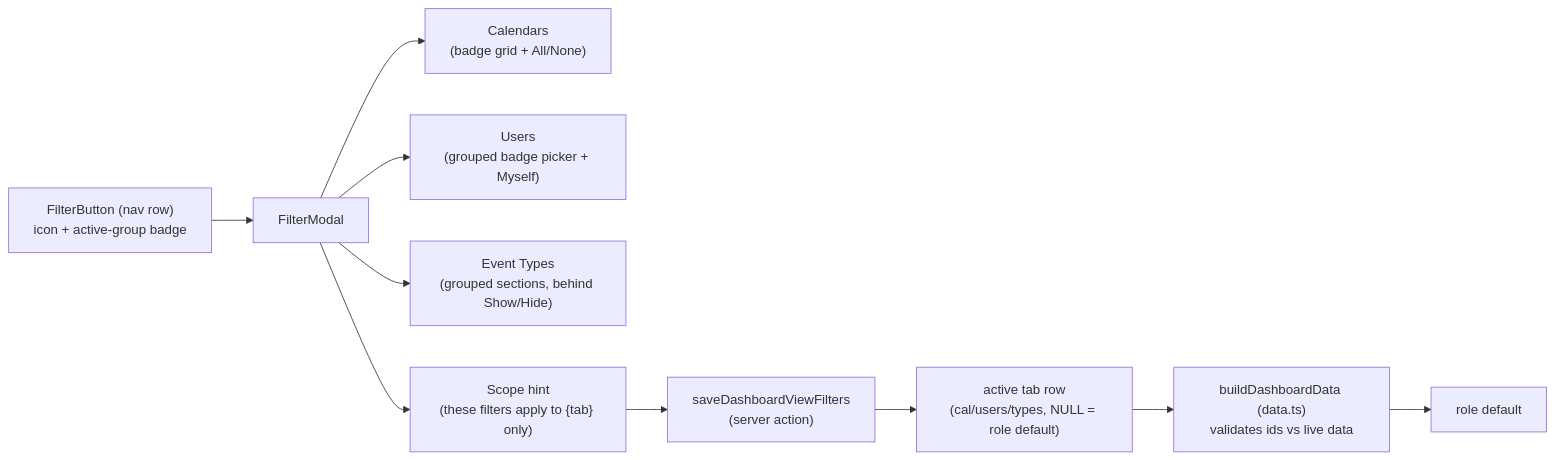
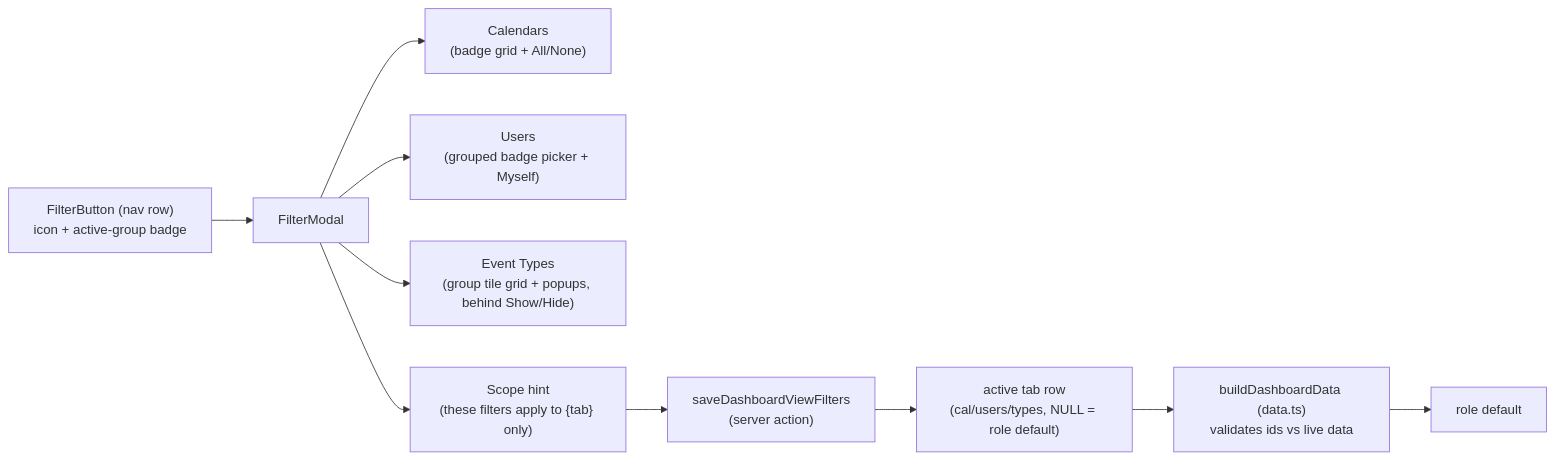
One commit to oncloudnintynineone-source/cloudy2 changed the second of 9 diagrams in docs/dashboard-views.md. Above: the diagram before and after it, drawn with Mermaid. The commit also changed other lines of this file and 10 other files, not shown here.

Commit message:
refactor: grid-based event type picker (group tiles + popups) in wizard and filters

````diff
--- a/docs/dashboard-views.md
+++ b/docs/dashboard-views.md
@@ -520,12 +522,12 @@
 ```mermaid
 flowchart LR
  FB["FilterButton (nav row)<br/>icon + active-group badge"] --> FM["FilterModal"]
  FM --> CAL["Calendars<br/>(badge grid + All/None)"]
  FM --> US["Users<br/>(grouped badge picker + Myself)"]
- FM --> ET["Event Types<br/>(grouped sections, behind Show/Hide)"]
+ FM --> ET["Event Types<br/>(group tile grid + popups, behind Show/Hide)"]
  FM --> HINT["Scope hint<br/>(these filters apply to {tab} only)"]
  HINT --> APPLY["saveDashboardViewFilters<br/>(server action)"]
  APPLY --> ROW["active tab row<br/>(cal/users/types, NULL = role default)"]
  ROW --> RESOLVE["buildDashboardData (data.ts)<br/>validates ids vs live data"]
  RESOLVE --> DEF["role default"]
 ```
````
